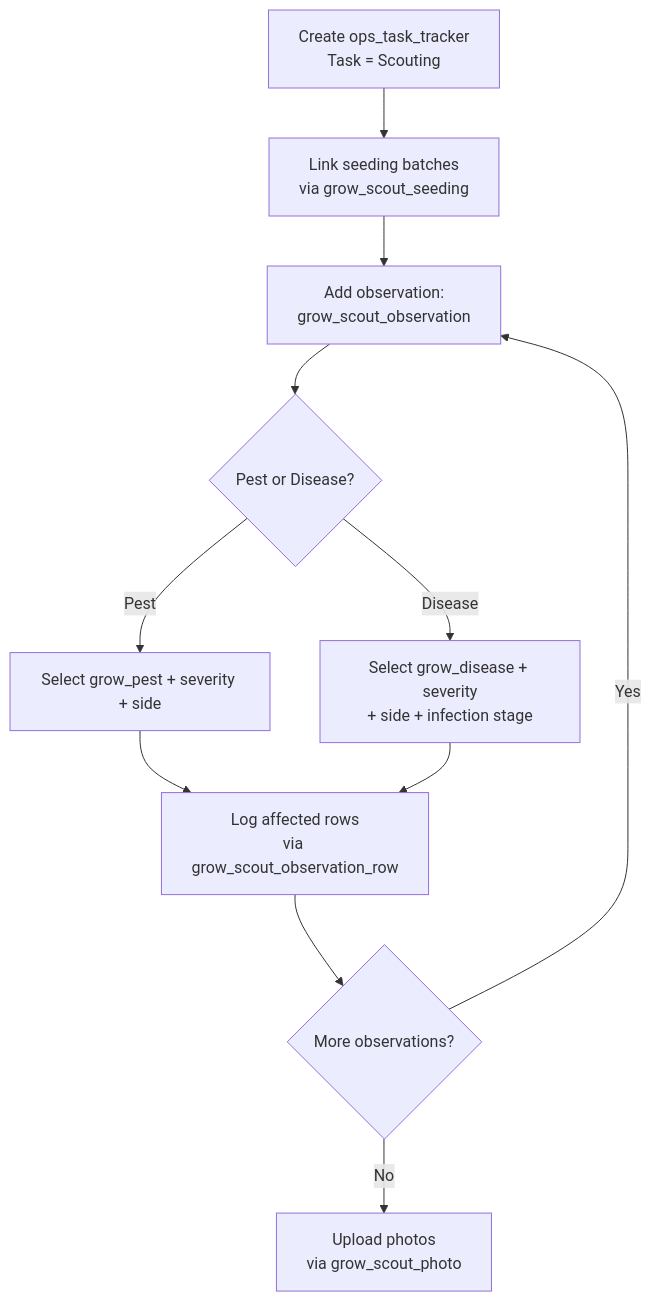
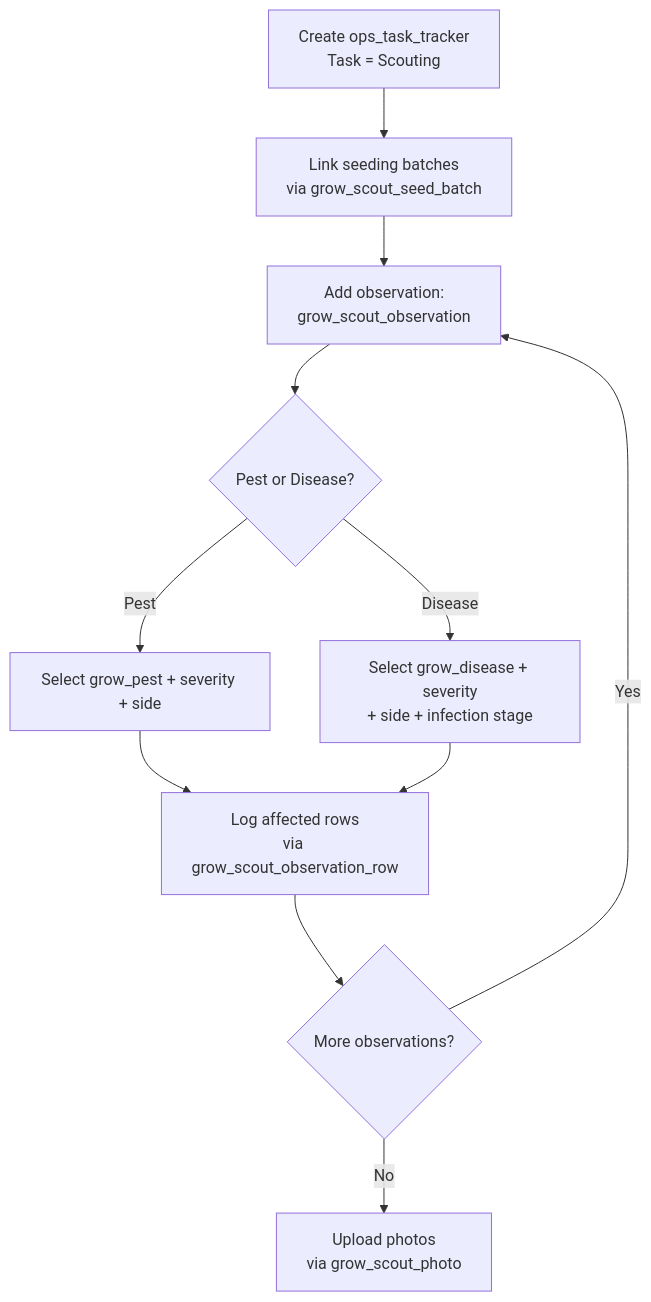
The diagram in docs/processes/20260324_05_grow_scouting_workflow.md (Hawaii-Farming/aloha-app), drawn with Mermaid before and after one commit. The commit also changed other lines of this file and 12 other files, not shown here.

First line of the commit message:
Rename seeding join tables, remove side from scout observation, scope pest/disease to org

````diff
--- a/docs/processes/20260324_05_grow_scouting_workflow.md
+++ b/docs/processes/20260324_05_grow_scouting_workflow.md
@@ -49,13 +49,13 @@
 ```mermaid
 flowchart TD
-    A[Create ops_task_tracker\nTask = Scouting] --> B[Link seeding batches\nvia grow_scout_seeding]
+    A[Create ops_task_tracker\nTask = Scouting] --> B[Link seeding batches\nvia grow_scout_seed_batch]
     B --> C[Add observation:\ngrow_scout_observation]
     C --> D{Pest or Disease?}
     D -->|Pest| E[Select grow_pest + severity + side]
     D -->|Disease| F[Select grow_disease + severity\n+ side + infection stage]
     E --> G[Log affected rows\nvia grow_scout_observation_row]
     F --> G
     G --> H{More observations?}
     H -->|Yes| C
     H -->|No| I[Upload photos\nvia grow_scout_photo]
 ```
````
